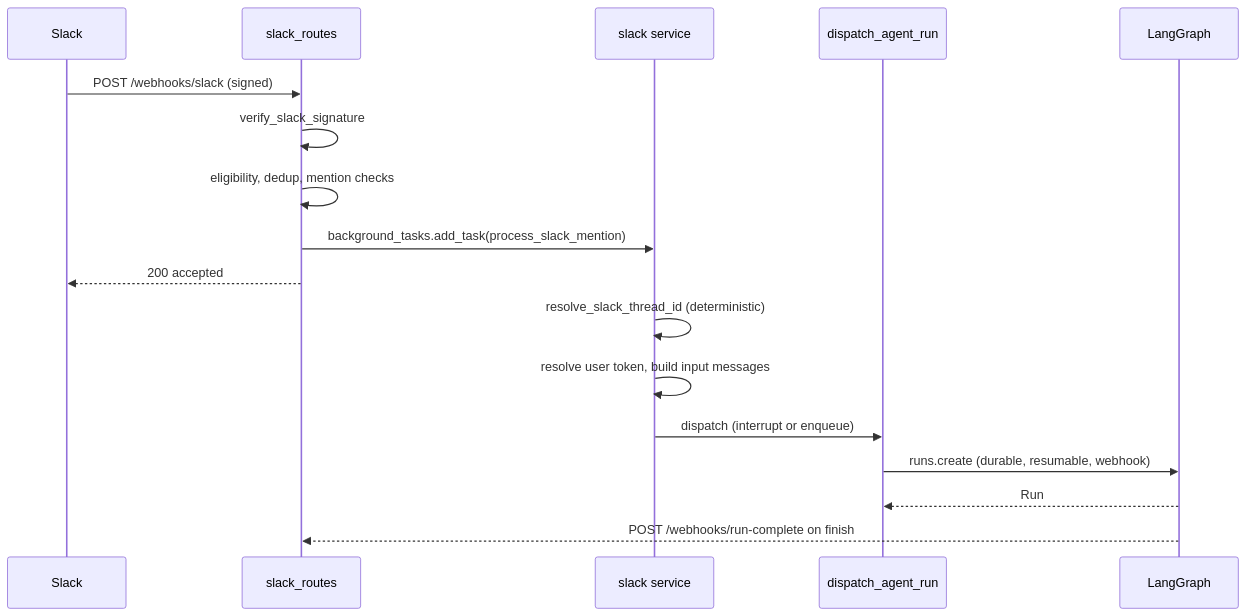
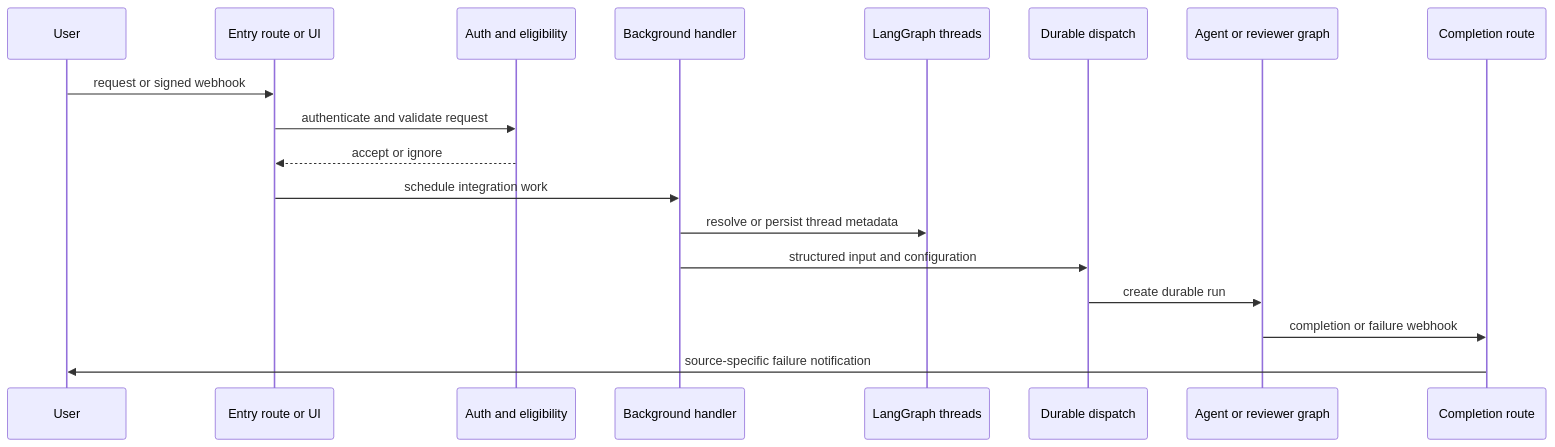
One commit to langchain-ai/open-swe changed the diagram in openwiki/workflows/invocation.md. Above: the diagram before and after it, drawn with Mermaid. The commit also changed other lines of this file and 52 other files, not shown here.

````diff
--- a/openwiki/workflows/invocation.md
+++ b/openwiki/workflows/invocation.md
@@ -73,20 +51,21 @@
 ```mermaid
 sequenceDiagram
-    participant Slack
-    participant Route as slack_routes
-    participant Svc as slack service
-    participant Dispatch as dispatch_agent_run
-    participant LG as LangGraph
+    participant User
+    participant Entry as Entry route or UI
+    participant Gate as Auth and eligibility
+    participant Worker as Background handler
+    participant Threads as LangGraph threads
+    participant Dispatch as Durable dispatch
+    participant Graph as Agent or reviewer graph
+    participant Complete as Completion route
 
-    Slack->>Route: POST /webhooks/slack (signed)
-    Route->>Route: verify_slack_signature
-    Route->>Route: eligibility, dedup, mention checks
-    Route->>Svc: background_tasks.add_task(process_slack_mention)
-    Route-->>Slack: 200 accepted
-    Svc->>Svc: resolve_slack_thread_id (deterministic)
-    Svc->>Svc: resolve user token, build input messages
-    Svc->>Dispatch: dispatch (interrupt or enqueue)
-    Dispatch->>LG: runs.create (durable, resumable, webhook)
-    LG-->>Dispatch: Run
-    LG-->>Route: POST /webhooks/run-complete on finish
+    User->>Entry: request or signed webhook
+    Entry->>Gate: authenticate and validate request
+    Gate-->>Entry: accept or ignore
+    Entry->>Worker: schedule integration work
+    Worker->>Threads: resolve or persist thread metadata
+    Worker->>Dispatch: structured input and configuration
+    Dispatch->>Graph: create durable run
+    Graph->>Complete: completion or failure webhook
+    Complete->>User: source-specific failure notification
 ```
````
